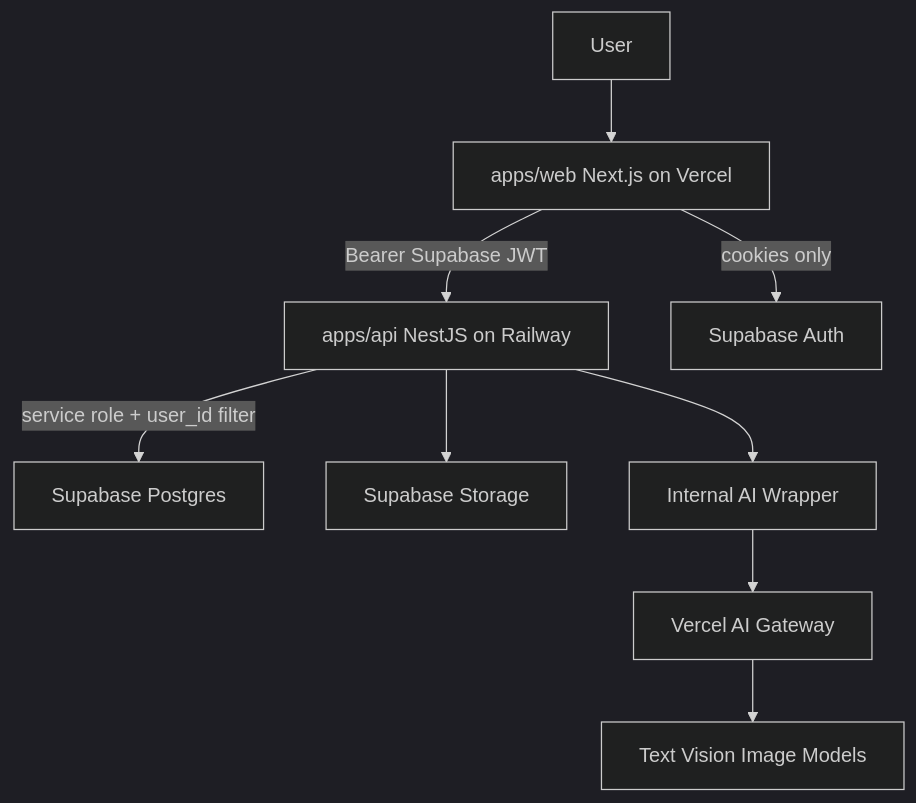
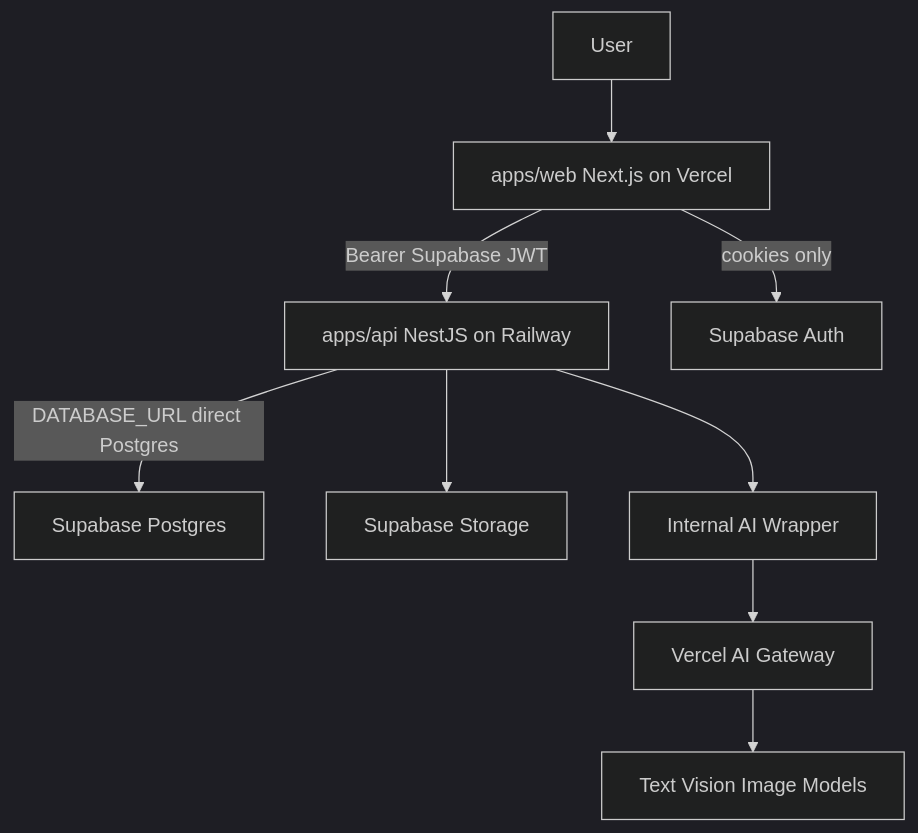
Before and after one commit to phuonganh412/fridge2recipe: the first of 2 diagrams in docs/architecture.md, drawn with Mermaid (dark theme). The commit also changed other lines of this file and 14 other files, not shown here.

````diff
--- a/docs/architecture.md
+++ b/docs/architecture.md
@@ -11,11 +11,11 @@
 ```mermaid
 flowchart TD
   user[User] --> web[apps/web Next.js on Vercel]
   web -->|"Bearer Supabase JWT"| api[apps/api NestJS on Railway]
   web -->|"cookies only"| auth[Supabase Auth]
-  api -->|"service role + user_id filter"| db[Supabase Postgres]
+  api -->|"DATABASE_URL direct Postgres"| db[Supabase Postgres]
   api --> storage[Supabase Storage]
   api --> aiWrapper[Internal AI Wrapper]
   aiWrapper --> gateway[Vercel AI Gateway]
   gateway --> models[Text Vision Image Models]
 ```
````
